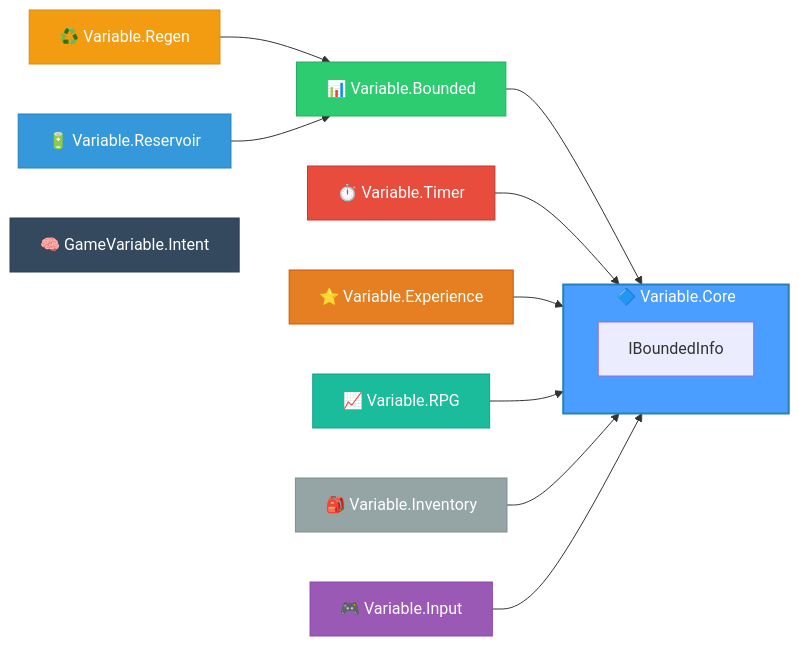
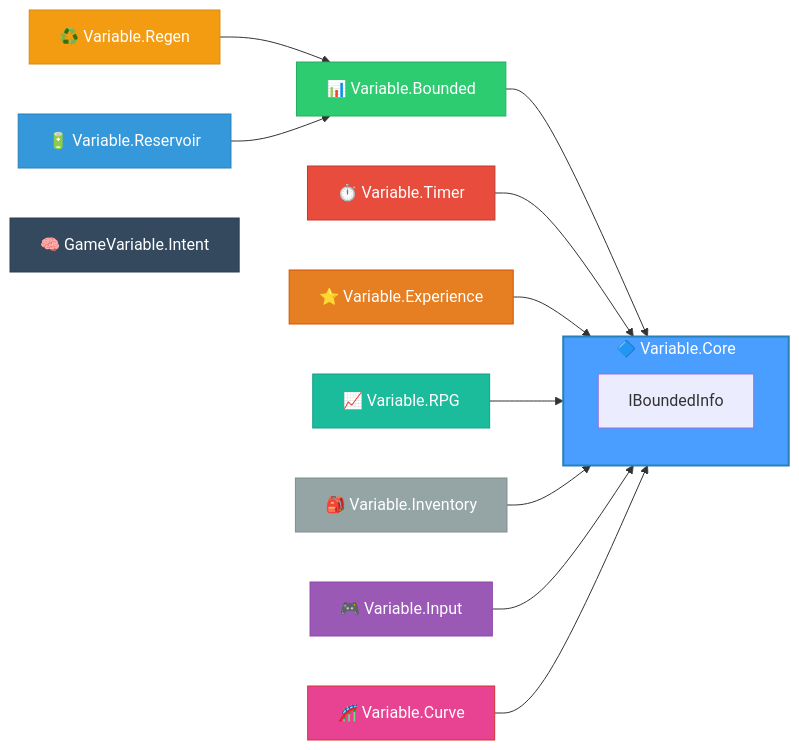
The diagram in README.md (IAFahim/GameVariable), drawn with Mermaid before and after one commit. The commit also changed other lines of this file and 9 other files, not shown here.

First line of the commit message:
feat: Add Variable.Curve package for zero-allocation easing functions

````diff
--- a/README.md
+++ b/README.md
@@ -79,27 +79,29 @@
 ```mermaid
 graph LR
     subgraph Core["🔷 Variable.Core"]
         IBoundedInfo["IBoundedInfo"]
     end
     
     Bounded["📊 Variable.Bounded"] --> Core
     Timer["⏱️ Variable.Timer"] --> Core
     Regen["♻️ Variable.Regen"] --> Bounded
     Reservoir["🔋 Variable.Reservoir"] --> Bounded
     Experience["⭐ Variable.Experience"] --> Core
     RPG["📈 Variable.RPG"] --> Core
     Inventory["🎒 Variable.Inventory"] --> Core
     Input["🎮 Variable.Input"] --> Core
+    Curve["🎢 Variable.Curve"] --> Core
     Intent["🧠 GameVariable.Intent"]
     
     style Core fill:#4a9eff,stroke:#2980b9,stroke-width:2px,color:#fff
     style Bounded fill:#2ecc71,stroke:#27ae60,color:#fff
     style Timer fill:#e74c3c,stroke:#c0392b,color:#fff
     style Regen fill:#f39c12,stroke:#d68910,color:#fff
     style Reservoir fill:#3498db,stroke:#2980b9,color:#fff
     style Experience fill:#e67e22,stroke:#d35400,color:#fff
     style RPG fill:#1abc9c,stroke:#16a085,color:#fff
     style Inventory fill:#95a5a6,stroke:#7f8c8d,color:#fff
     style Input fill:#9b59b6,stroke:#8e44ad,color:#fff
+    style Curve fill:#e84393,stroke:#d63031,color:#fff
     style Intent fill:#34495e,stroke:#2c3e50,color:#fff
 ```
````
